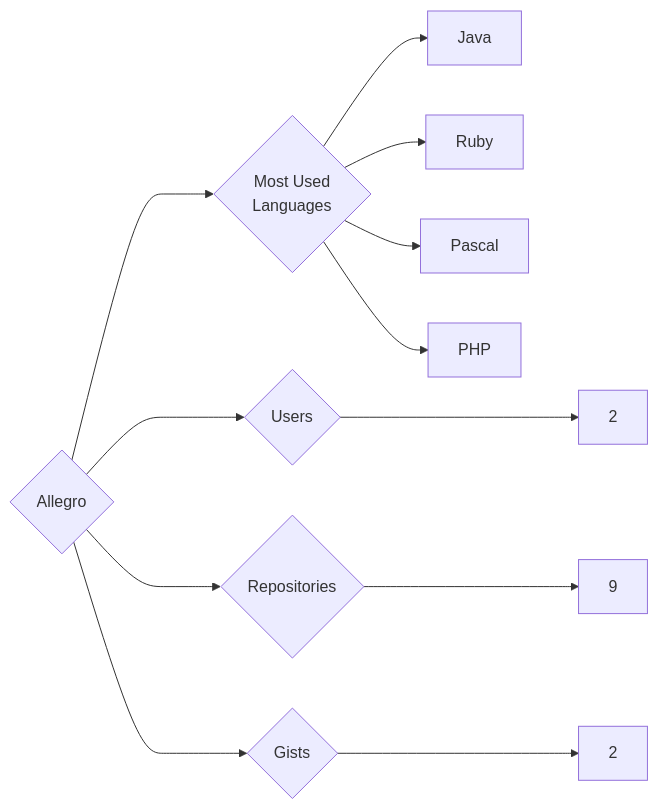
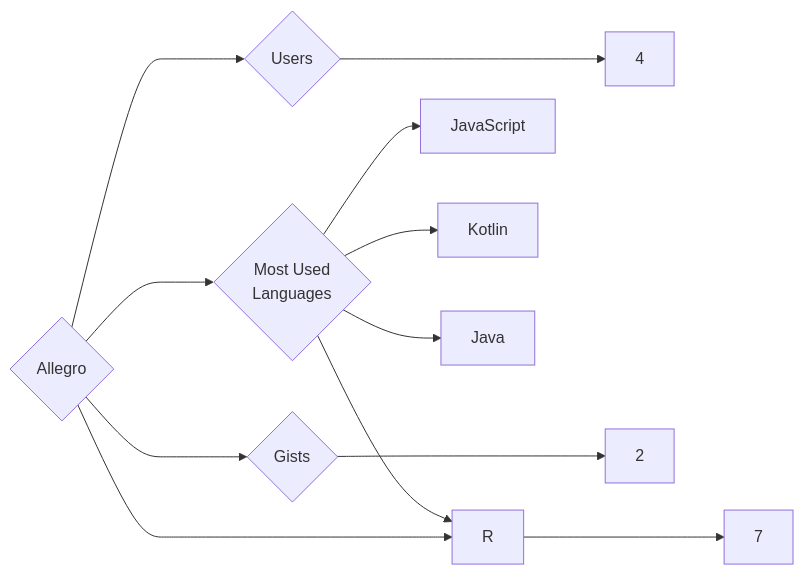
Before and after one commit to trickest/insiders: the diagram in targets/Allegro/README.md, drawn with Mermaid. The commit also changed 840 other files, not shown here.

````diff
--- a/targets/Allegro/README.md
+++ b/targets/Allegro/README.md
@@ -3,12 +3,12 @@
 ```mermaid
 graph LR
 COMPANY_NAME{Allegro}
-COMPANY_NAME ---> U{Users} ---> UN[2]
-COMPANY_NAME ---> R{Repositories} ---> RN[9]
+COMPANY_NAME ---> U{Users} ---> UN[4]
+COMPANY_NAME ---> R{Repositories} ---> RN[7]
 COMPANY_NAME ---> G{Gists} ---> GN[2]
 COMPANY_NAME ---> ML{Most Used<br>Languages}
+ML --> JavaScript[JavaScript]
+ML --> R[R]
+ML --> Kotlin[Kotlin]
 ML --> Java[Java]
-ML --> Ruby[Ruby]
-ML --> Pascal[Pascal]
-ML --> PHP[PHP]
 ```
````
